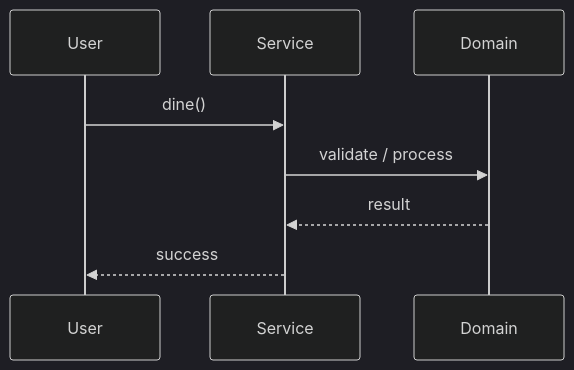
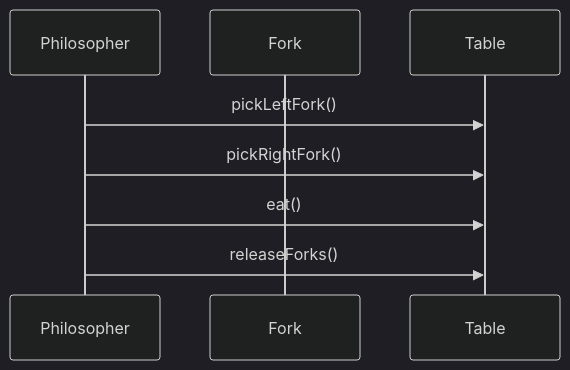
Before and after one commit to madhupaila/Interview-Prep-SSE: the second of 3 diagrams in Learn/System Design - Low Level Design/04-concurrency-lld/questions/Q05-dining-philosophers.md, drawn with Mermaid (dark theme). The commit also changed other lines of this file and 491 other files, not shown here.

````diff
--- a/Learn/System Design - Low Level Design/04-concurrency-lld/questions/Q05-dining-philosophers.md
+++ b/Learn/System Design - Low Level Design/04-concurrency-lld/questions/Q05-dining-philosophers.md
@@ -119,10 +148,10 @@
 ```mermaid
 sequenceDiagram
-    participant U as User
-    participant S as Service
-    participant D as Domain
-    U->>S: dine()
-    S->>D: validate / process
-    D-->>S: result
-    S-->>U: success
+participant P as Philosopher
+participant F as Fork
+participant T as Table
+P->>T: pickLeftFork()
+P->>T: pickRightFork()
+P->>T: eat()
+P->>T: releaseForks()
 ```
````
